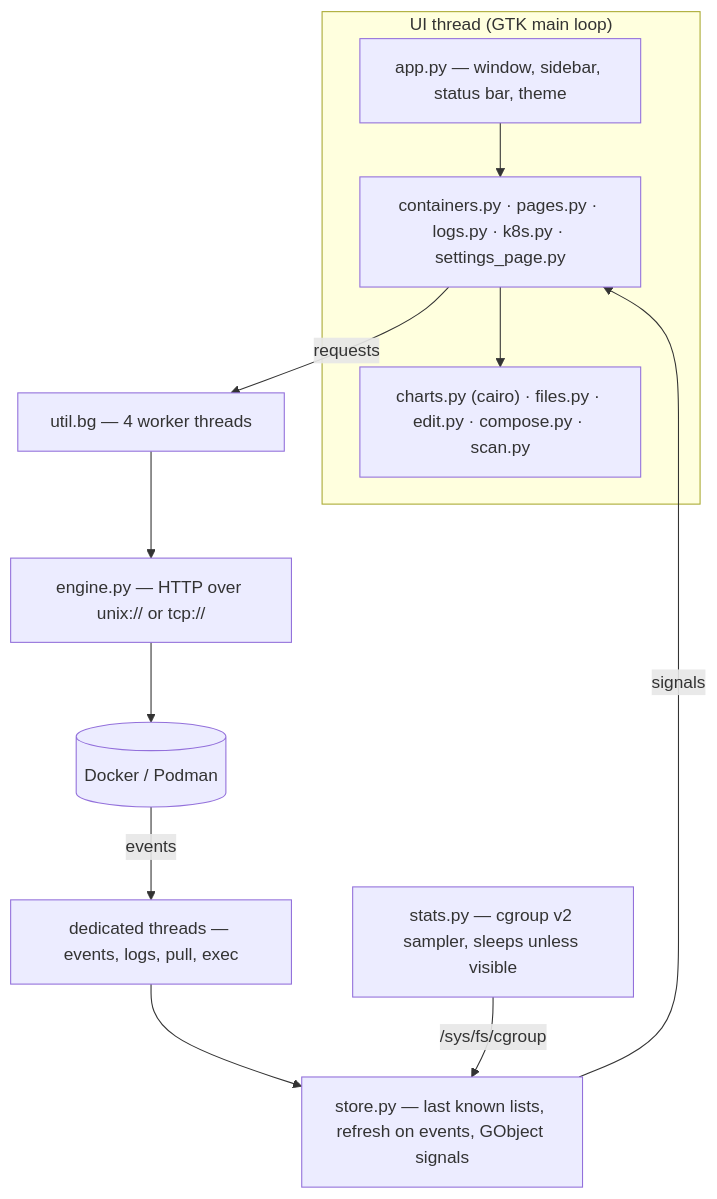
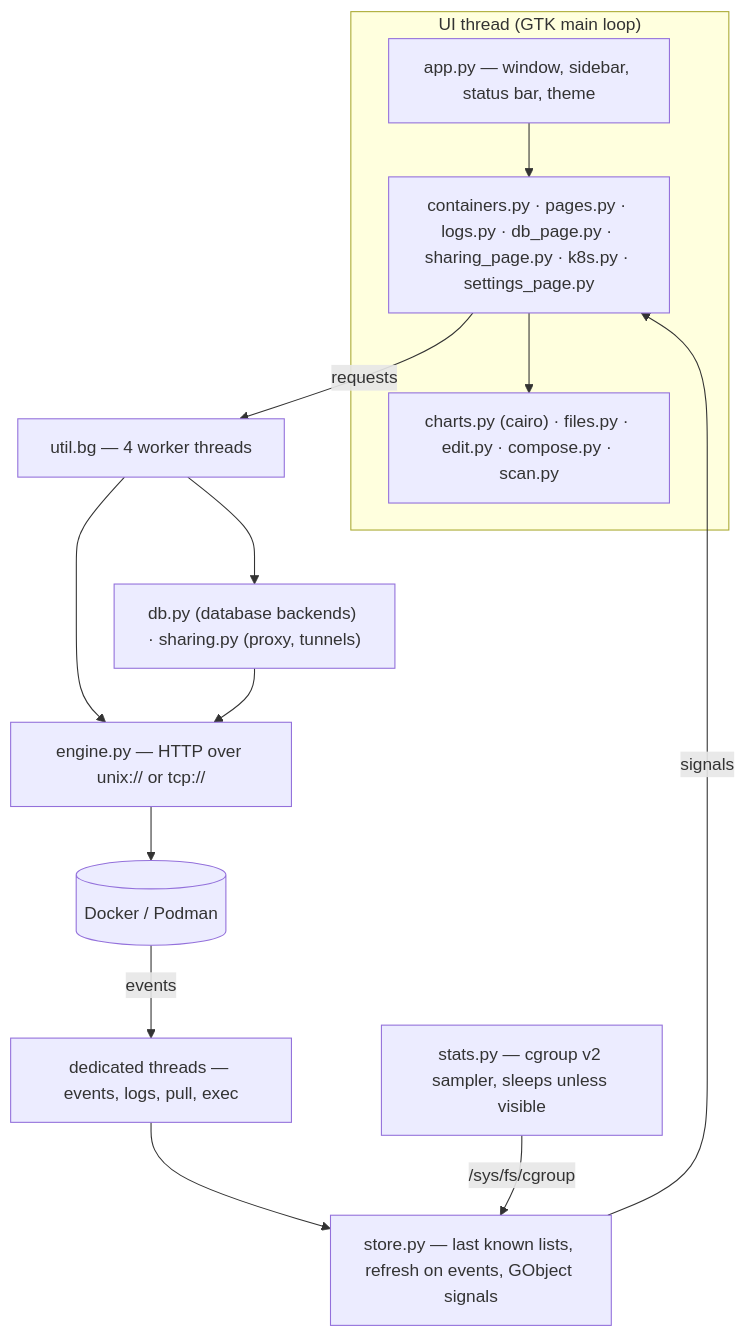
The diagram in docs/ARCHITECTURE.md (subhadeeproy3902/open-docker-app), drawn with Mermaid before and after one commit. The commit also changed other lines of this file and 59 other files, not shown here.

````diff
--- a/docs/ARCHITECTURE.md
+++ b/docs/ARCHITECTURE.md
@@ -5,18 +5,20 @@
 ```mermaid
 flowchart TB
     subgraph UI["UI thread (GTK main loop)"]
         APP["app.py — window, sidebar, status bar, theme"]
-        PAGES["containers.py · pages.py · logs.py · k8s.py · settings_page.py"]
+        PAGES["containers.py · pages.py · logs.py · db_page.py · sharing_page.py · k8s.py · settings_page.py"]
         WIDGETS["charts.py (cairo) · files.py · edit.py · compose.py · scan.py"]
     end
     STORE["store.py — last known lists, refresh on events, GObject signals"]
     POOL["util.bg — 4 worker threads"]
     STREAMS["dedicated threads — events, logs, pull, exec"]
     SAMPLER["stats.py — cgroup v2 sampler, sleeps unless visible"]
     ENGINE["engine.py — HTTP over unix:// or tcp://"]
+    BACKENDS["db.py (database backends) · sharing.py (proxy, tunnels)"]
     DOCKER[("Docker / Podman")]
     APP --> PAGES --> WIDGETS
     PAGES -- "requests" --> POOL --> ENGINE --> DOCKER
+    POOL --> BACKENDS --> ENGINE
     DOCKER -- "events" --> STREAMS --> STORE -- "signals" --> PAGES
     SAMPLER -- "/sys/fs/cgroup" --> STORE
 ```
````
